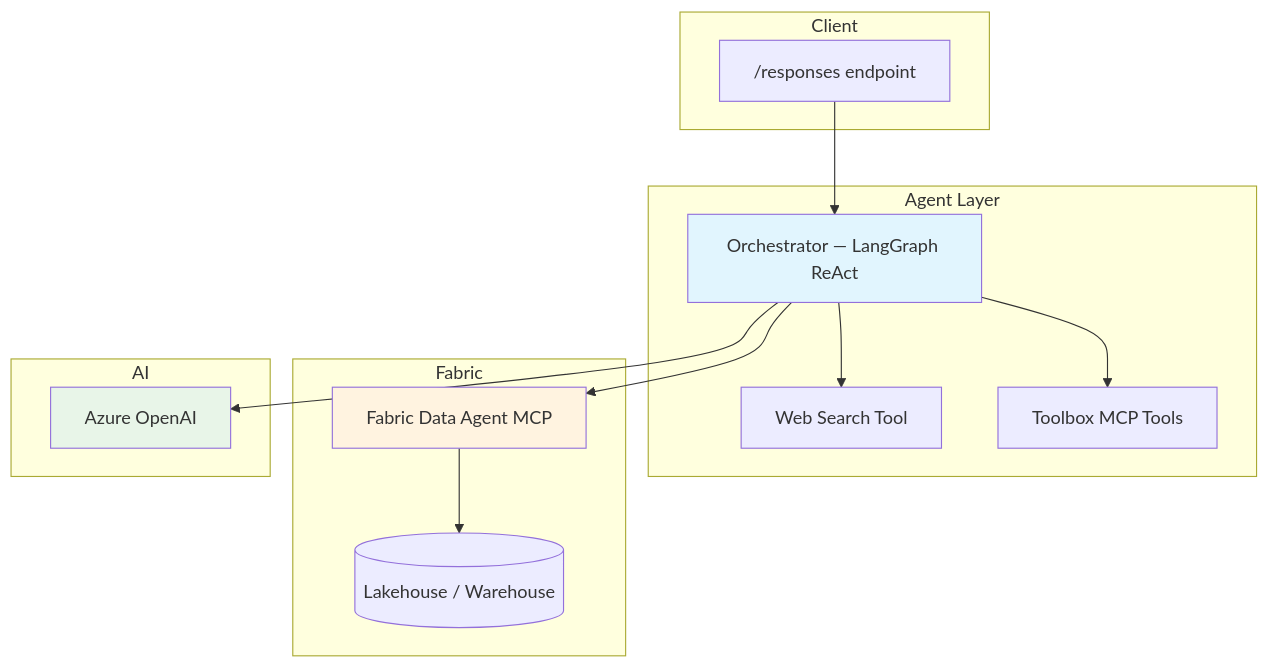
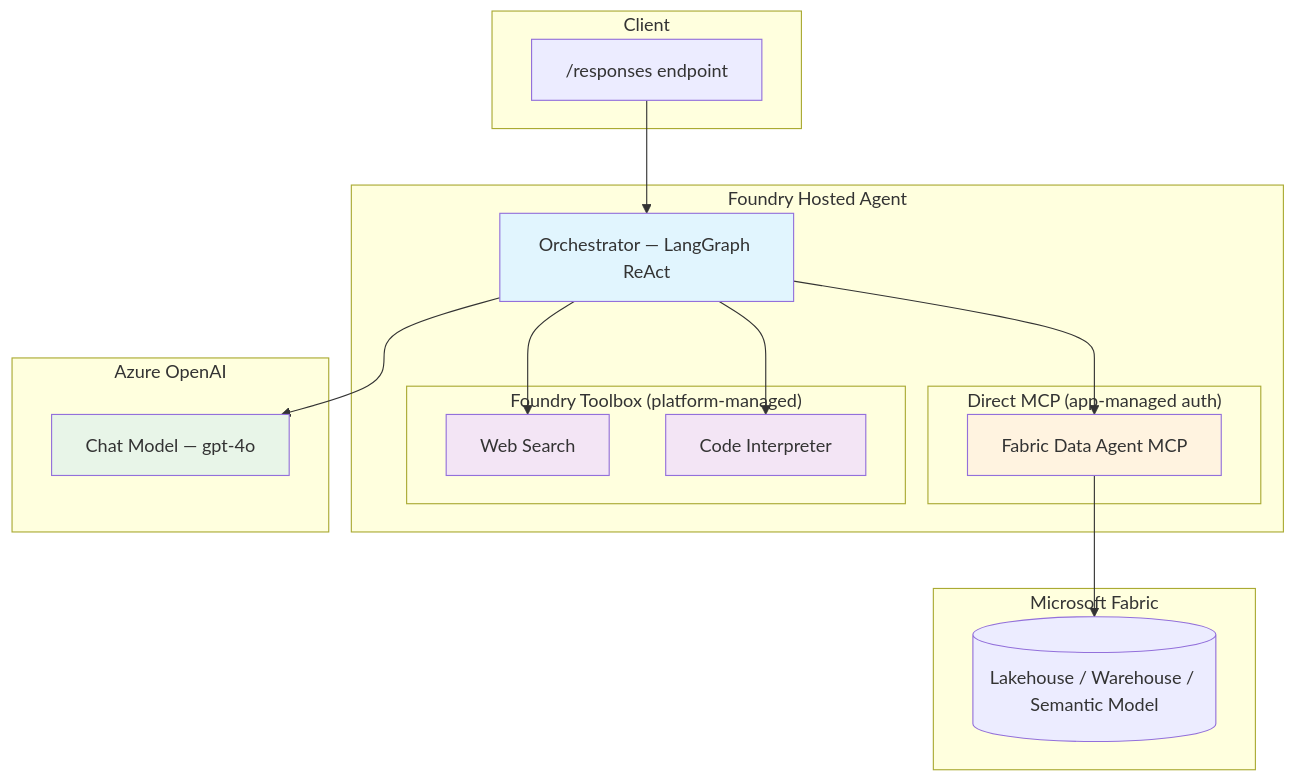
Before and after one commit to Ritaja/foundry-langgraph-toolbox: the diagram in README.md, drawn with Mermaid. The commit also changed other lines of this file, not shown here.

First line of the commit message:
Rewrite README with Fabric Data Agent setup and permissions guide

````diff
--- a/README.md
+++ b/README.md
@@ -17,32 +18,38 @@
 ```mermaid
 graph TB
     subgraph "Client"
         API["/responses endpoint"]
     end
 
-    subgraph "Agent Layer"
+    subgraph "Foundry Hosted Agent"
         ORCH[Orchestrator — LangGraph ReAct]
-        WEB[Web Search Tool]
-        MCP_TB[Toolbox MCP Tools]
+        subgraph "Direct MCP (app-managed auth)"
+            FABRIC_MCP[Fabric Data Agent MCP]
+        end
+        subgraph "Foundry Toolbox (platform-managed)"
+            WEB[Web Search]
+            CODE[Code Interpreter]
+        end
     end
 
-    subgraph "Fabric"
-        FABRIC_MCP[Fabric Data Agent MCP]
-        LAKEHOUSE[(Lakehouse / Warehouse)]
+    subgraph "Microsoft Fabric"
+        LAKEHOUSE[(Lakehouse / Warehouse / Semantic Model)]
     end
 
-    subgraph "AI"
-        LLM[Azure OpenAI]
+    subgraph "Azure OpenAI"
+        LLM[Chat Model — gpt-4o]
     end
 
     API --> ORCH
     ORCH --> FABRIC_MCP
     ORCH --> WEB
-    ORCH --> MCP_TB
+    ORCH --> CODE
     FABRIC_MCP --> LAKEHOUSE
     ORCH --> LLM
 
     style ORCH fill:#e1f5fe
     style FABRIC_MCP fill:#fff3e0
     style LLM fill:#e8f5e8
+    style WEB fill:#f3e5f5
+    style CODE fill:#f3e5f5
 ```
````
